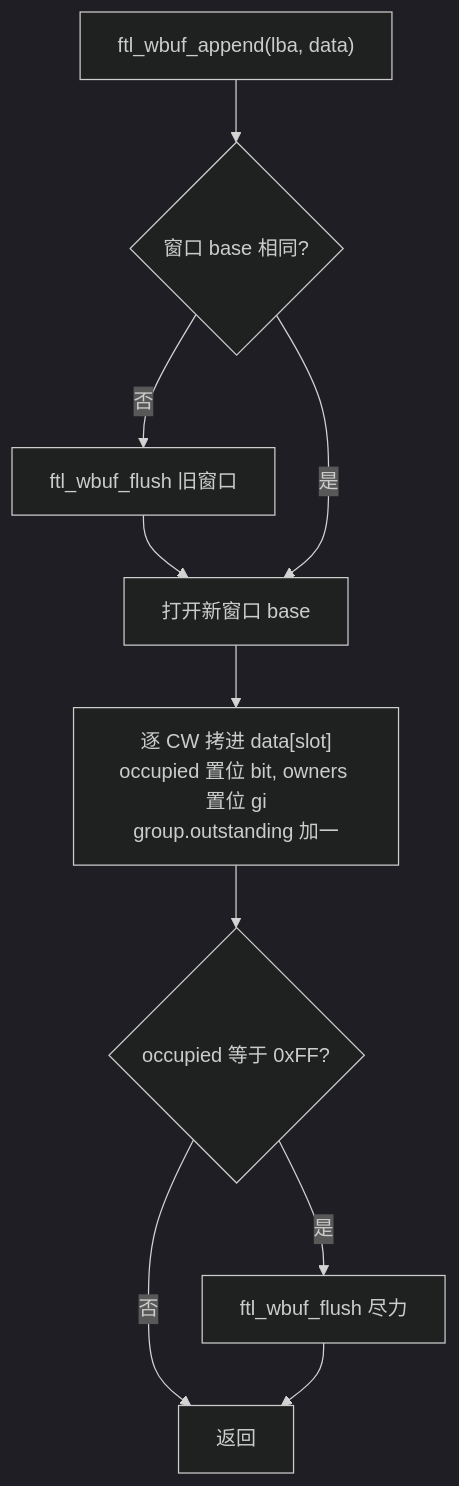
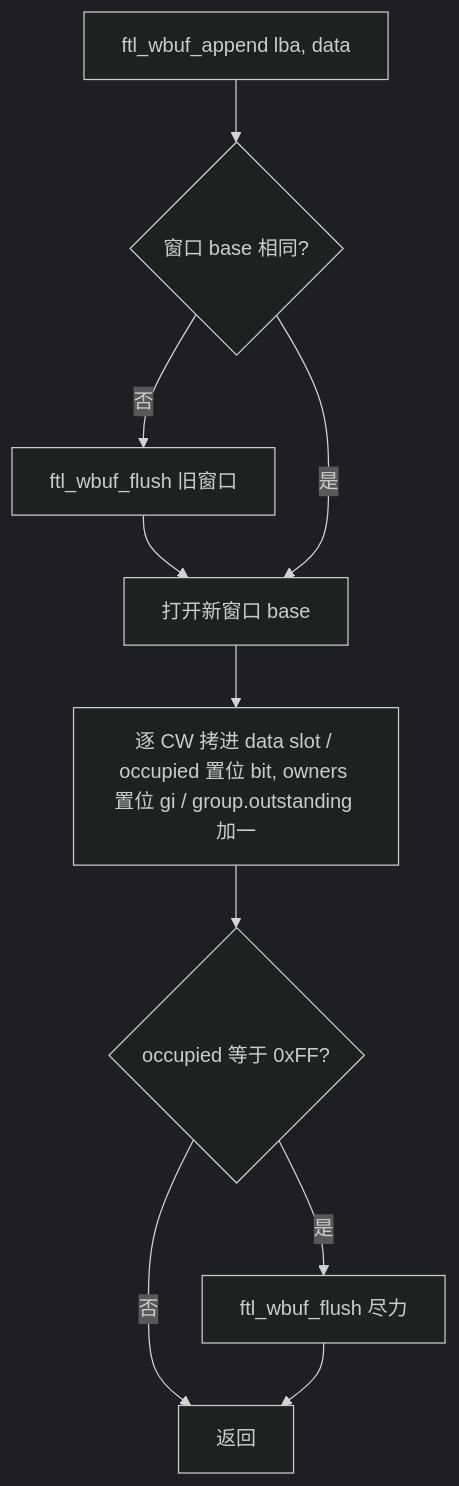
Before and after one commit to YzYMIAO/BASESSD: diagram 15 of 28 in docs/design/ftl_design.md, drawn with Mermaid (dark theme). The commit also changed other lines of this file, not shown here.

First line of the commit message:
docs(ftl): 修复 6 张 stateDiagram 的围栏粘连

````diff
--- a/docs/design/ftl_design.md
+++ b/docs/design/ftl_design.md
@@ -2239,12 +2239,12 @@
 ```mermaid
 flowchart TD
-    A["ftl_wbuf_append(lba, data)"] --> B{"窗口 base 相同?"}
+    A["ftl_wbuf_append lba, data"] --> B{"窗口 base 相同?"}
     B -- "否" --> C["ftl_wbuf_flush 旧窗口"]
     C --> D["打开新窗口 base"]
     B -- "是" --> D
-    D --> E["逐 CW 拷进 data[slot]<br/>occupied 置位 bit, owners 置位 gi<br/>group.outstanding 加一"]
+    D --> E["逐 CW 拷进 data slot / occupied 置位 bit, owners 置位 gi / group.outstanding 加一"]
     E --> F{"occupied 等于 0xFF?"}
-    F -- "是" --> G["ftl_wbuf_flush 尽力 "]
+    F -- "是" --> G["ftl_wbuf_flush 尽力"]
     F -- "否" --> H["返回"]
     G --> H
 ```
````
